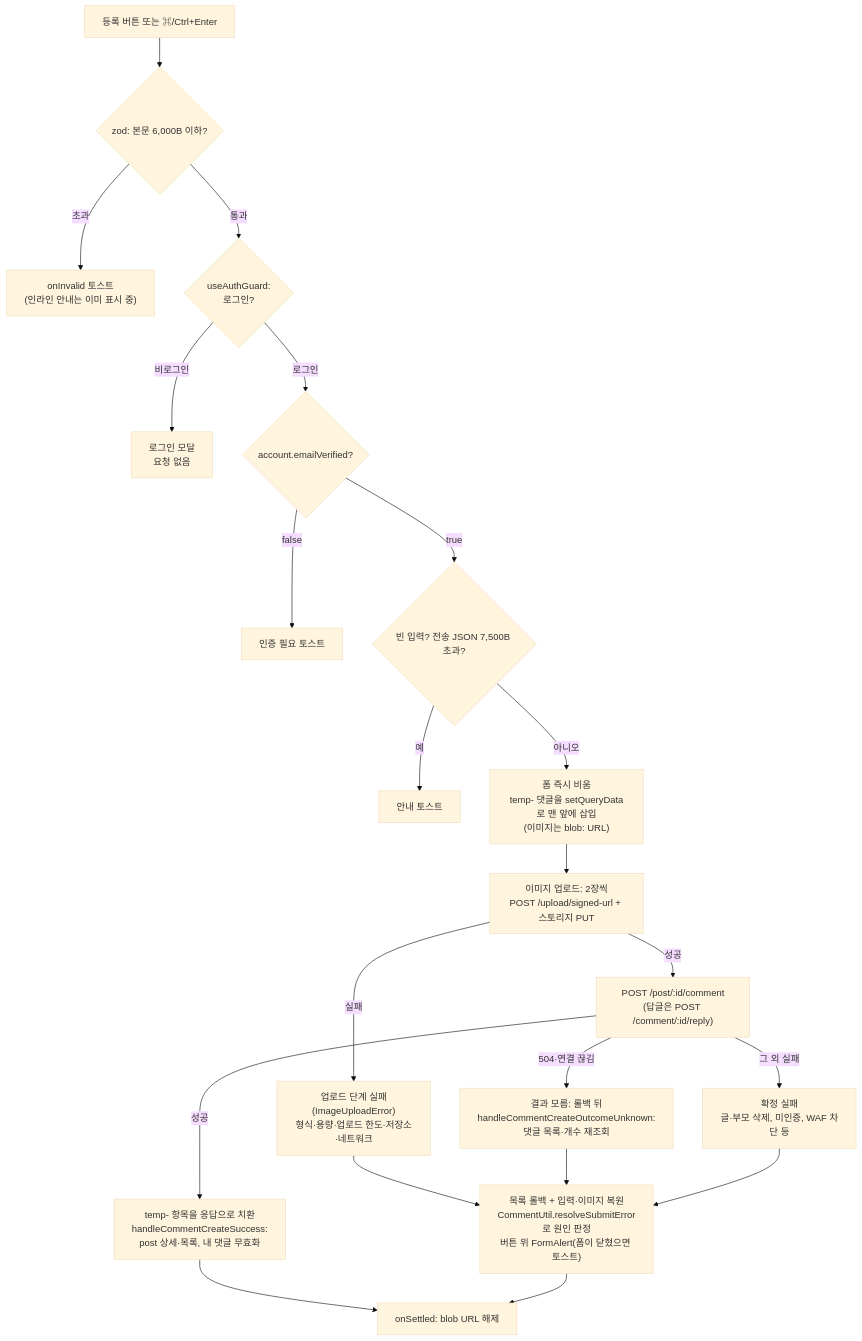
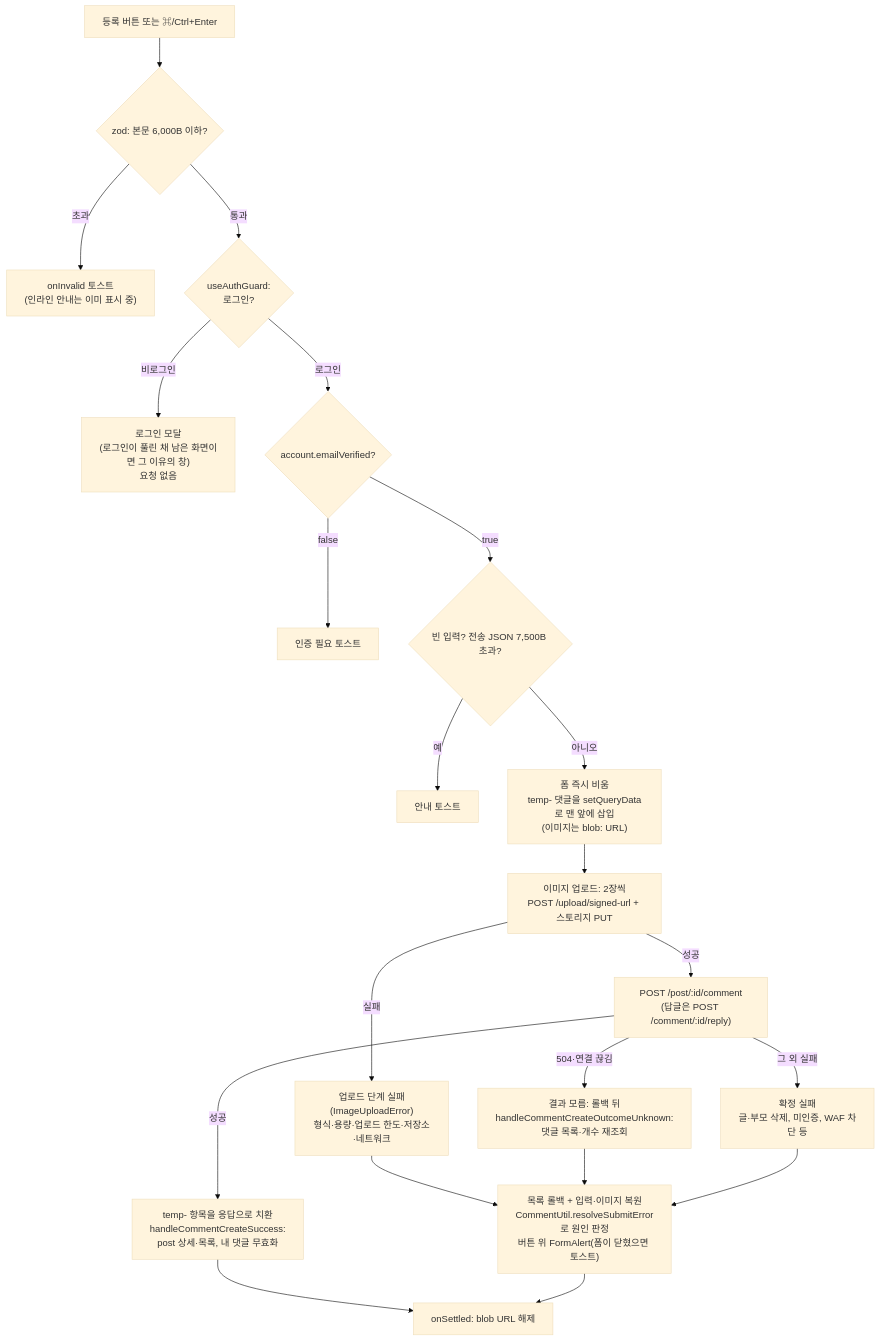
One commit to BAECHAN/link-sphere_FE_NEW changed the diagram in docs/COMMENT.md. Above: the diagram before and after it, drawn with Mermaid (base theme). The commit also changed other lines of this file and 56 other files, not shown here.

First line of the commit message:
feat(auth): 로그인이 풀려도 쓰던 화면에 두고 그 자리에서 다시 로그인 (#450)

````diff
--- a/docs/COMMENT.md
+++ b/docs/COMMENT.md
@@ -33,23 +33,23 @@
 ```mermaid
 flowchart TD
   Click["등록 버튼 또는 ⌘/Ctrl+Enter"] --> Zod{"zod: 본문 6,000B 이하?"}
   Zod -->|"초과"| TooLong["onInvalid 토스트<br/>(인라인 안내는 이미 표시 중)"]
   Zod -->|"통과"| Guard{"useAuthGuard:<br/>로그인?"}
-  Guard -->|"비로그인"| LoginModal["로그인 모달<br/>요청 없음"]
+  Guard -->|"비로그인"| LoginModal["로그인 모달<br/>(로그인이 풀린 채 남은 화면이면 그 이유의 창)<br/>요청 없음"]
   Guard -->|"로그인"| Verified{"account.emailVerified?"}
   Verified -->|"false"| VerifyToast["인증 필요 토스트"]
   Verified -->|"true"| Payload{"빈 입력? 전송 JSON 7,500B 초과?"}
   Payload -->|"예"| PayloadToast["안내 토스트"]
   Payload -->|"아니오"| Optimistic["폼 즉시 비움<br/>temp- 댓글을 setQueryData로 맨 앞에 삽입<br/>(이미지는 blob: URL)"]
   Optimistic --> Upload["이미지 업로드: 2장씩<br/>POST /upload/signed-url + 스토리지 PUT"]
   Upload -->|"실패"| UploadFail["업로드 단계 실패(ImageUploadError)<br/>형식·용량·업로드 한도·저장소·네트워크"]
   Upload -->|"성공"| Post["POST /post/:id/comment<br/>(답글은 POST /comment/:id/reply)"]
   Post -->|"성공"| Replace["temp- 항목을 응답으로 치환<br/>handleCommentCreateSuccess:<br/>post 상세·목록, 내 댓글 무효화"]
   Post -->|"504·연결 끊김"| Unknown["결과 모름: 롤백 뒤<br/>handleCommentCreateOutcomeUnknown:<br/>댓글 목록·개수 재조회"]
   Post -->|"그 외 실패"| Settled["확정 실패<br/>글·부모 삭제, 미인증, WAF 차단 등"]
   UploadFail --> Rollback["목록 롤백 + 입력·이미지 복원<br/>CommentUtil.resolveSubmitError로 원인 판정<br/>버튼 위 FormAlert(폼이 닫혔으면 토스트)"]
   Unknown --> Rollback
   Settled --> Rollback
   Replace --> Revoke["onSettled: blob URL 해제"]
   Rollback --> Revoke
 ```
````
